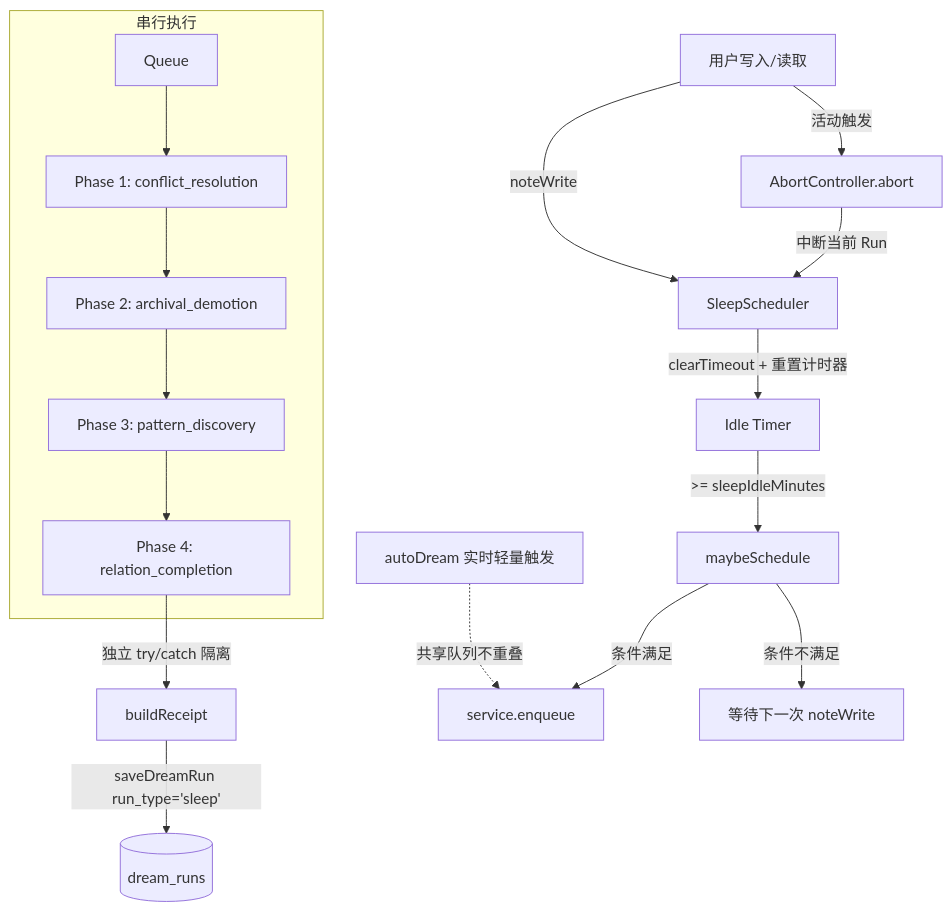
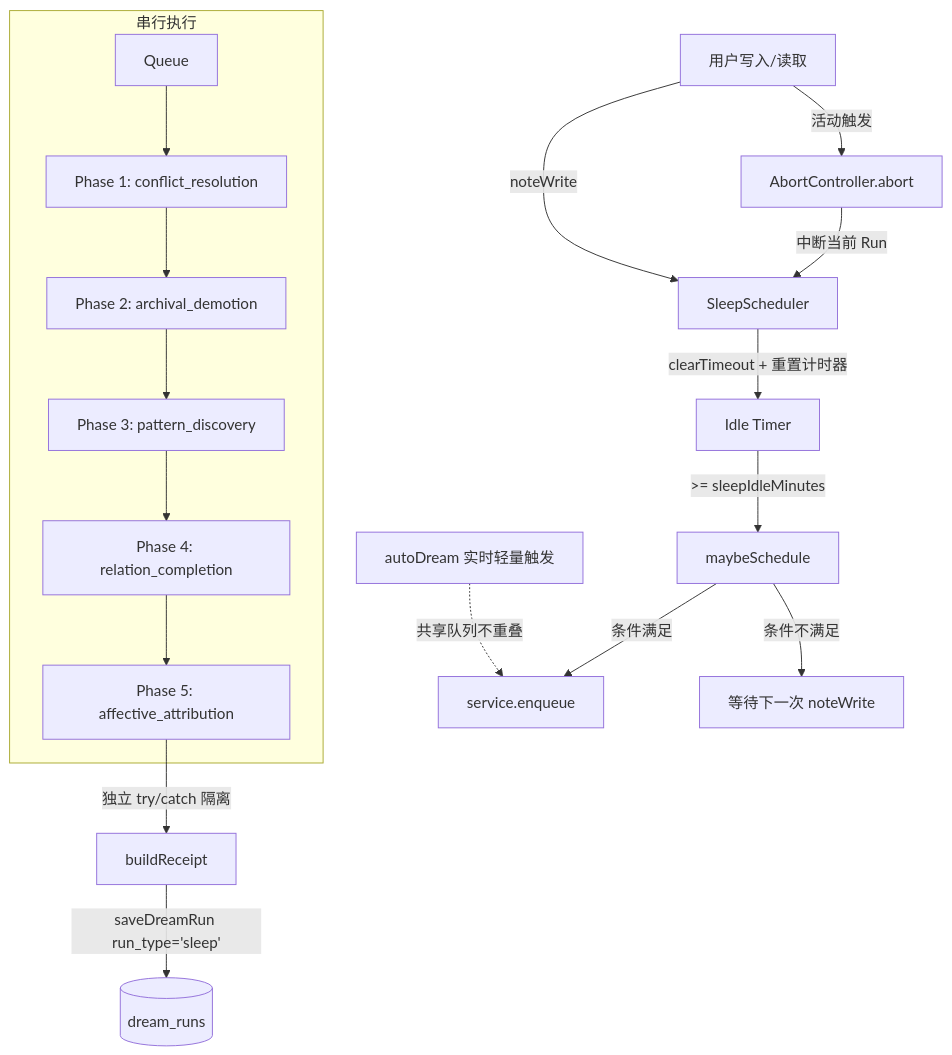
One commit to slow-stack/mneme changed the diagram in dsh-mneme/docs/SLEEP.md. Above: the diagram before and after it, drawn with Mermaid. The commit also changed other lines of this file and 16 other files, not shown here.

````diff
--- a/dsh-mneme/docs/SLEEP.md
+++ b/dsh-mneme/docs/SLEEP.md
@@ -14,24 +14,25 @@
 ```mermaid
 flowchart TD
     User[用户写入/读取] -->|noteWrite| Scheduler[SleepScheduler]
     Scheduler -->|clearTimeout + 重置计时器| Timer[Idle Timer]
     Timer -->|>= sleepIdleMinutes| Check[maybeSchedule]
     
     Check -->|条件满足| Queue[service.enqueue]
     Check -->|条件不满足| Wait[等待下一次 noteWrite]
     
     subgraph Sleep Run [串行执行]
         Q[Queue] --> P1[Phase 1: conflict_resolution]
         P1 --> P2[Phase 2: archival_demotion]
         P2 --> P3[Phase 3: pattern_discovery]
         P3 --> P4[Phase 4: relation_completion]
+        P4 --> P5[Phase 5: affective_attribution]
     end
     
-    P4 -->|独立 try/catch 隔离| Receipt[buildReceipt]
+    P5 -->|独立 try/catch 隔离| Receipt[buildReceipt]
     Receipt -->|saveDreamRun run_type='sleep'| Audit[(dream_runs)]
     
     User -->|活动触发| Abort[AbortController.abort]
     Abort -->|中断当前 Run| Scheduler
     
     AutoDream[autoDream 实时轻量触发] -.共享队列不重叠.-> Queue
 ```
````
